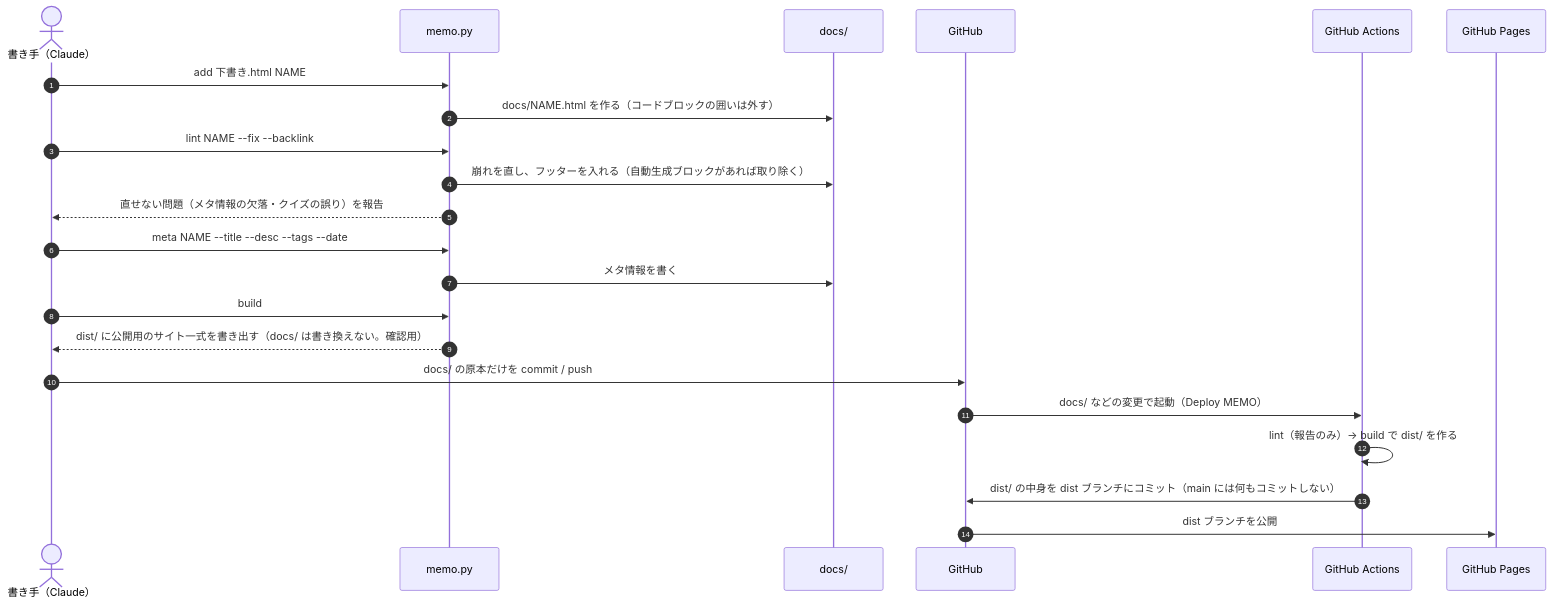
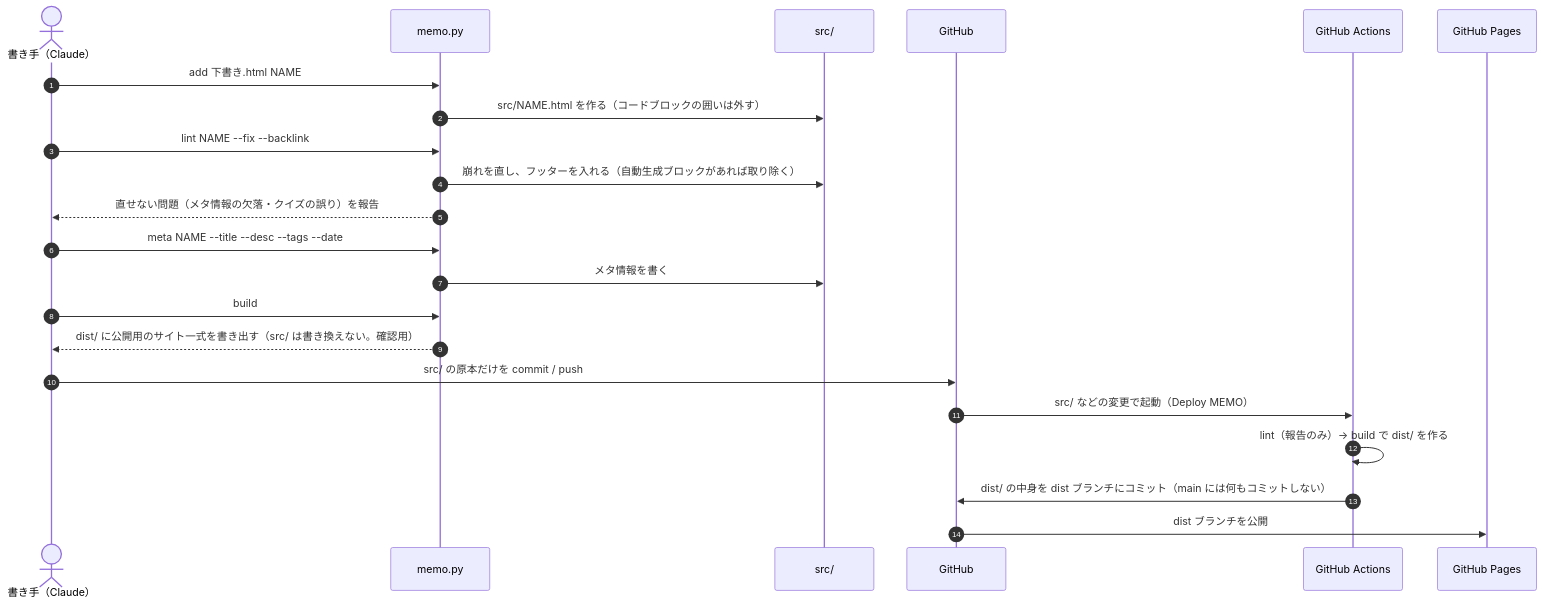
One commit to taka1156/memo changed the third of 10 diagrams in memo-detail.md. Above: the diagram before and after it, drawn with Mermaid. The commit also changed other lines of this file and 103 other files, not shown here.

````diff
--- a/memo-detail.md
+++ b/memo-detail.md
@@ -158,25 +158,25 @@
 ```mermaid
 sequenceDiagram
   autonumber
   actor U as 書き手（Claude）
   participant P as memo.py
-  participant D as docs/
+  participant D as src/
   participant G as GitHub
   participant A as GitHub Actions
   participant S as GitHub Pages
 
   U->>P: add 下書き.html NAME
-  P->>D: docs/NAME.html を作る（コードブロックの囲いは外す）
+  P->>D: src/NAME.html を作る（コードブロックの囲いは外す）
   U->>P: lint NAME --fix --backlink
   P->>D: 崩れを直し、フッターを入れる（自動生成ブロックがあれば取り除く）
   P-->>U: 直せない問題（メタ情報の欠落・クイズの誤り）を報告
   U->>P: meta NAME --title --desc --tags --date
   P->>D: メタ情報を書く
   U->>P: build
-  P-->>U: dist/ に公開用のサイト一式を書き出す（docs/ は書き換えない。確認用）
-  U->>G: docs/ の原本だけを commit / push
-  G->>A: docs/ などの変更で起動（Deploy MEMO）
+  P-->>U: dist/ に公開用のサイト一式を書き出す（src/ は書き換えない。確認用）
+  U->>G: src/ の原本だけを commit / push
+  G->>A: src/ などの変更で起動（Deploy MEMO）
   A->>A: lint（報告のみ）→ build で dist/ を作る
   A->>G: dist/ の中身を dist ブランチにコミット（main には何もコミットしない）
   G->>S: dist ブランチを公開
 ```
````
